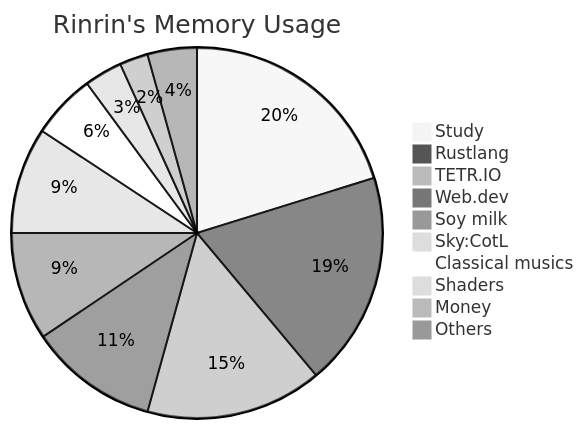
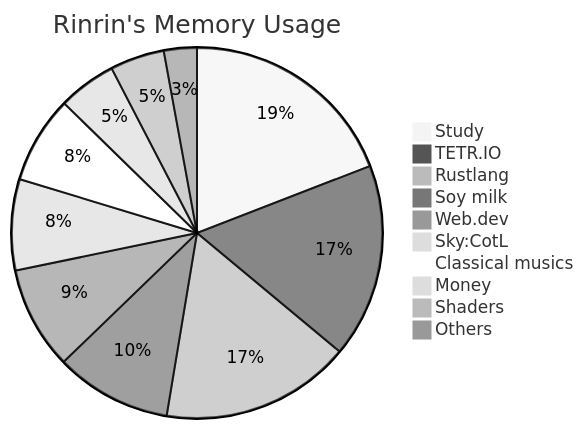
Before and after one commit to Rinrin0413/Rinrin0413: the diagram in README.md, drawn with Mermaid (neutral theme).

Commit message:
Update:Rinrin's Memory Usage

````diff
--- a/README.md
+++ b/README.md
@@ -74,13 +74,13 @@
 ```mermaid
 pie title Rinrin's Memory Usage
-    "Study": 122
-    "Rustlang": 113
-    "TETR.IO": 93
-    "Web.dev": 68
-    "Soy milk": 57
-    "Sky:CotL": 56
-    "Classical musics": 34
-    "Shaders": 20
-    "Money": 15
-    "Others": 26
+    "Study": 113
+    "TETR.IO": 100
+    "Rustlang": 98
+    "Soy milk": 60
+    "Web.dev": 53
+    "Sky:CotL": 47
+    "Classical musics": 45
+    "Money": 30
+    "Shaders": 28
+    "Others": 17
 ```
````
